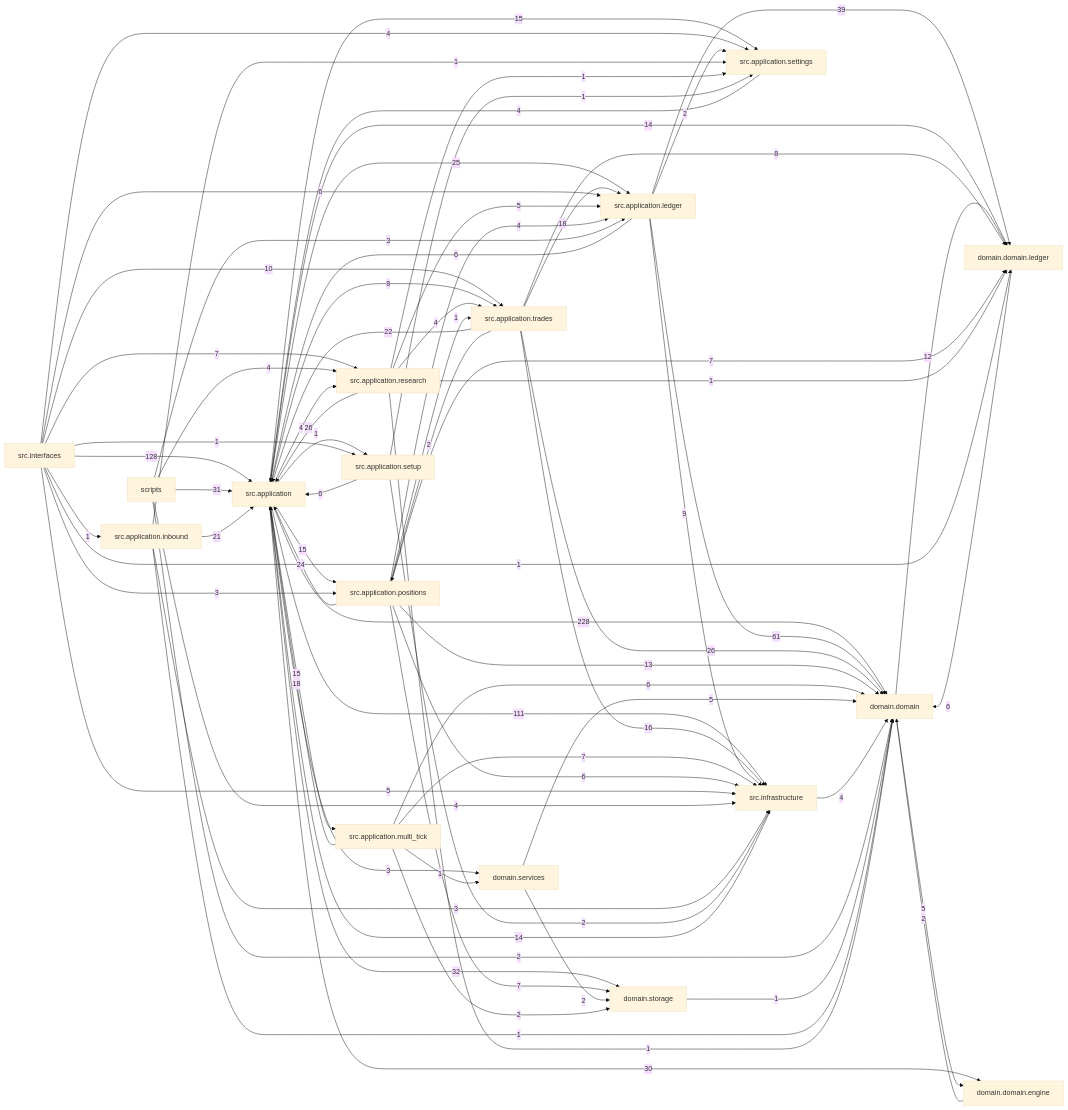
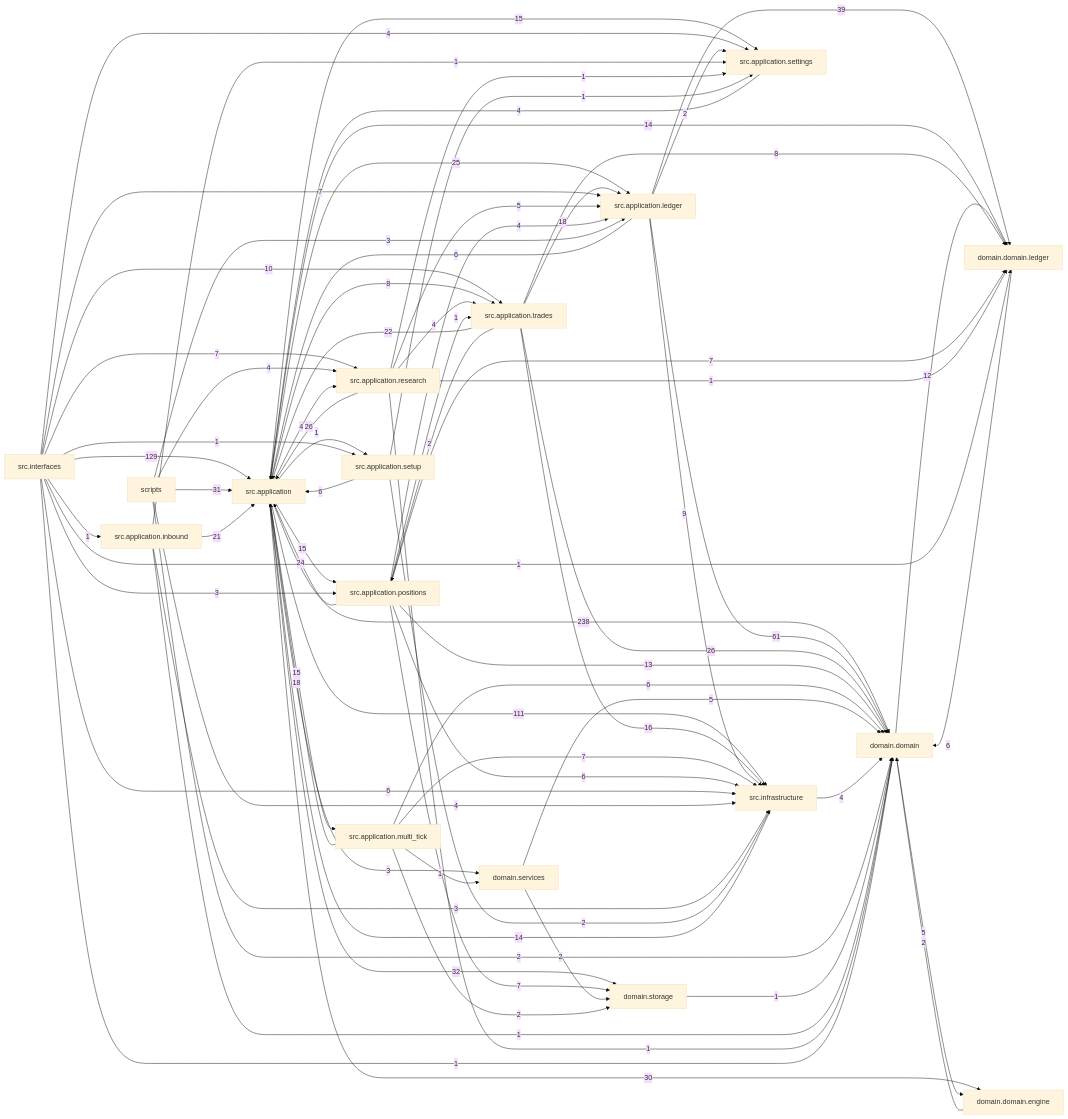
The diagram in docs/dependency_graph.mmd (liuxie066/options-monitor), drawn with Mermaid (base theme) before and after one commit. The commit also changed 46 other files, not shown here.

```diff
--- a/docs/dependency_graph.mmd
+++ b/docs/dependency_graph.mmd
@@ -1,75 +1,76 @@
 flowchart LR
-  src_application["src.application"] -->|228| domain_domain["domain.domain"]
-  src_interfaces["src.interfaces"] -->|128| src_application["src.application"]
+  src_application["src.application"] -->|238| domain_domain["domain.domain"]
+  src_interfaces["src.interfaces"] -->|129| src_application["src.application"]
   src_application["src.application"] -->|111| src_infrastructure["src.infrastructure"]
   src_application_ledger["src.application.ledger"] -->|61| domain_domain["domain.domain"]
   src_application_ledger["src.application.ledger"] -->|39| domain_domain_ledger["domain.domain.ledger"]
   src_application["src.application"] -->|32| domain_storage["domain.storage"]
   scripts["scripts"] -->|31| src_application["src.application"]
   src_application["src.application"] -->|30| domain_domain_engine["domain.domain.engine"]
   src_application_research["src.application.research"] -->|26| src_application["src.application"]
   src_application_trades["src.application.trades"] -->|26| domain_domain["domain.domain"]
   src_application["src.application"] -->|25| src_application_ledger["src.application.ledger"]
   src_application_positions["src.application.positions"] -->|24| src_application["src.application"]
   src_application_trades["src.application.trades"] -->|22| src_application["src.application"]
   src_application_inbound["src.application.inbound"] -->|21| src_application["src.application"]
   src_application_multi_tick["src.application.multi_tick"] -->|18| src_application["src.application"]
   src_application_trades["src.application.trades"] -->|18| src_application_ledger["src.application.ledger"]
   src_application_trades["src.application.trades"] -->|16| src_infrastructure["src.infrastructure"]
   src_application["src.application"] -->|15| src_application_multi_tick["src.application.multi_tick"]
   src_application["src.application"] -->|15| src_application_positions["src.application.positions"]
   src_application["src.application"] -->|15| src_application_settings["src.application.settings"]
   src_application["src.application"] -->|14| domain_domain_ledger["domain.domain.ledger"]
   src_infrastructure["src.infrastructure"] -->|14| src_application["src.application"]
   src_application_positions["src.application.positions"] -->|13| domain_domain["domain.domain"]
   domain_domain["domain.domain"] -->|12| domain_domain_ledger["domain.domain.ledger"]
   src_interfaces["src.interfaces"] -->|10| src_application_trades["src.application.trades"]
   src_application_ledger["src.application.ledger"] -->|9| src_infrastructure["src.infrastructure"]
   src_application["src.application"] -->|8| src_application_trades["src.application.trades"]
   src_application_trades["src.application.trades"] -->|8| domain_domain_ledger["domain.domain.ledger"]
   src_application_multi_tick["src.application.multi_tick"] -->|7| src_infrastructure["src.infrastructure"]
   src_application_positions["src.application.positions"] -->|7| domain_domain_ledger["domain.domain.ledger"]
   src_application_positions["src.application.positions"] -->|7| domain_storage["domain.storage"]
+  src_interfaces["src.interfaces"] -->|7| src_application_ledger["src.application.ledger"]
   src_interfaces["src.interfaces"] -->|7| src_application_research["src.application.research"]
   domain_domain_ledger["domain.domain.ledger"] -->|6| domain_domain["domain.domain"]
   src_application_ledger["src.application.ledger"] -->|6| src_application["src.application"]
   src_application_multi_tick["src.application.multi_tick"] -->|6| domain_domain["domain.domain"]
   src_application_positions["src.application.positions"] -->|6| src_infrastructure["src.infrastructure"]
   src_application_setup["src.application.setup"] -->|6| src_application["src.application"]
-  src_interfaces["src.interfaces"] -->|6| src_application_ledger["src.application.ledger"]
+  src_interfaces["src.interfaces"] -->|6| src_infrastructure["src.infrastructure"]
   domain_domain["domain.domain"] -->|5| domain_domain_engine["domain.domain.engine"]
   domain_services["domain.services"] -->|5| domain_domain["domain.domain"]
   src_application_research["src.application.research"] -->|5| src_application_ledger["src.application.ledger"]
-  src_interfaces["src.interfaces"] -->|5| src_infrastructure["src.infrastructure"]
   scripts["scripts"] -->|4| src_application_research["src.application.research"]
   scripts["scripts"] -->|4| src_infrastructure["src.infrastructure"]
   src_application["src.application"] -->|4| src_application_research["src.application.research"]
   src_application_positions["src.application.positions"] -->|4| src_application_ledger["src.application.ledger"]
   src_application_research["src.application.research"] -->|4| src_application_trades["src.application.trades"]
   src_application_settings["src.application.settings"] -->|4| src_application["src.application"]
   src_infrastructure["src.infrastructure"] -->|4| domain_domain["domain.domain"]
   src_interfaces["src.interfaces"] -->|4| src_application_settings["src.application.settings"]
   scripts["scripts"] -->|3| src_application_ledger["src.application.ledger"]
   src_application["src.application"] -->|3| domain_services["domain.services"]
   src_application_inbound["src.application.inbound"] -->|3| src_infrastructure["src.infrastructure"]
   src_interfaces["src.interfaces"] -->|3| src_application_positions["src.application.positions"]
   domain_domain_engine["domain.domain.engine"] -->|2| domain_domain["domain.domain"]
   domain_services["domain.services"] -->|2| domain_storage["domain.storage"]
   scripts["scripts"] -->|2| domain_domain["domain.domain"]
   src_application_ledger["src.application.ledger"] -->|2| src_application_settings["src.application.settings"]
   src_application_multi_tick["src.application.multi_tick"] -->|2| domain_storage["domain.storage"]
   src_application_setup["src.application.setup"] -->|2| src_infrastructure["src.infrastructure"]
   src_application_trades["src.application.trades"] -->|2| src_application_positions["src.application.positions"]
   domain_storage["domain.storage"] -->|1| domain_domain["domain.domain"]
   src_application["src.application"] -->|1| src_application_setup["src.application.setup"]
   src_application_inbound["src.application.inbound"] -->|1| domain_domain["domain.domain"]
   src_application_inbound["src.application.inbound"] -->|1| src_application_settings["src.application.settings"]
   src_application_multi_tick["src.application.multi_tick"] -->|1| domain_services["domain.services"]
   src_application_positions["src.application.positions"] -->|1| src_application_trades["src.application.trades"]
   src_application_research["src.application.research"] -->|1| domain_domain["domain.domain"]
   src_application_research["src.application.research"] -->|1| domain_domain_ledger["domain.domain.ledger"]
   src_application_research["src.application.research"] -->|1| src_application_settings["src.application.settings"]
   src_application_setup["src.application.setup"] -->|1| src_application_settings["src.application.settings"]
+  src_interfaces["src.interfaces"] -->|1| domain_domain["domain.domain"]
   src_interfaces["src.interfaces"] -->|1| domain_domain_ledger["domain.domain.ledger"]
   src_interfaces["src.interfaces"] -->|1| src_application_inbound["src.application.inbound"]
   src_interfaces["src.interfaces"] -->|1| src_application_setup["src.application.setup"]
```
